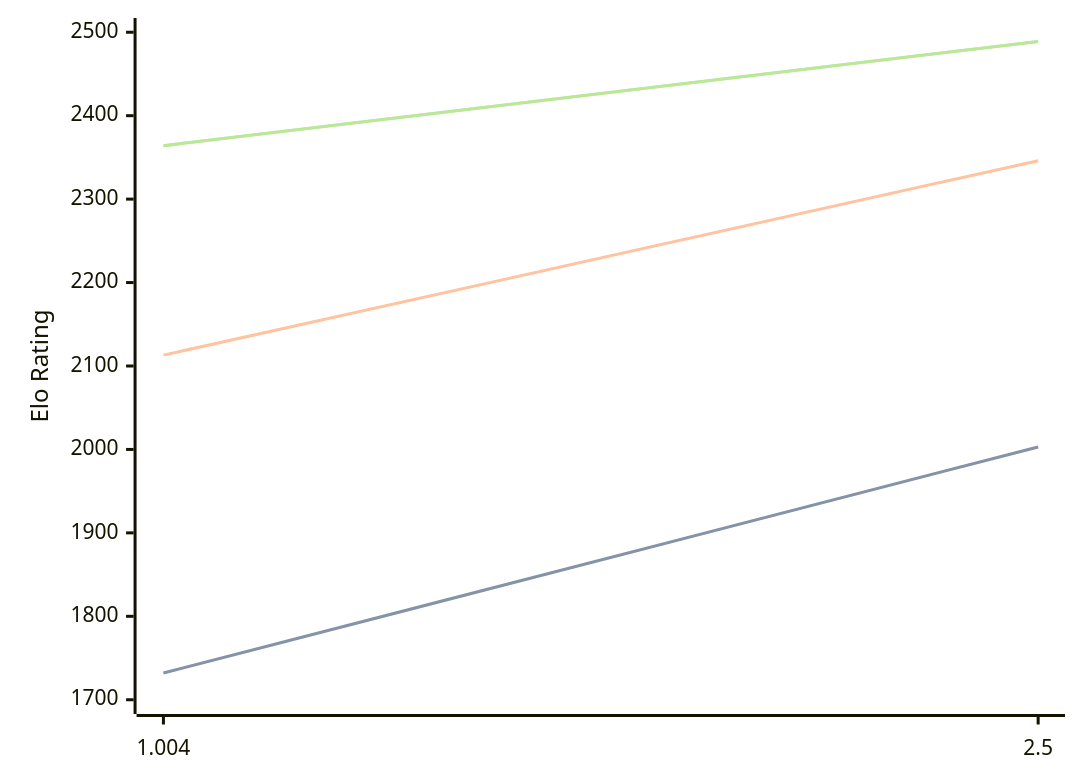
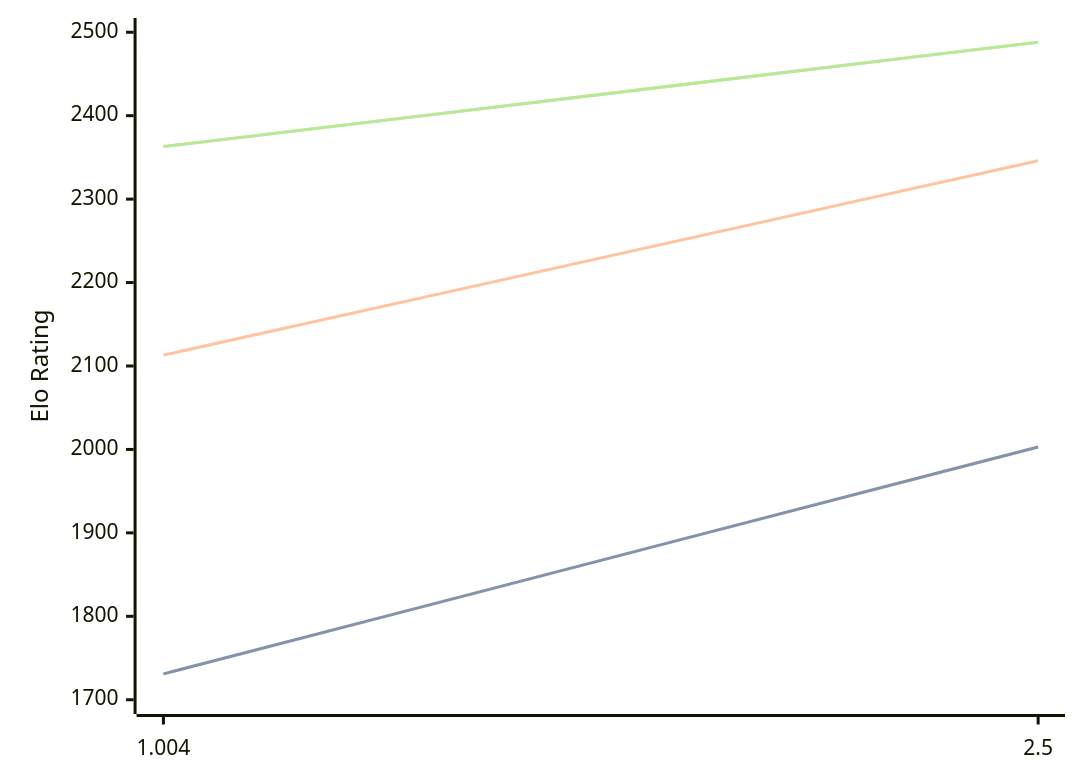
One commit to computer-chess-index/cci changed the diagram in engines/Ares.md. Above: the diagram before and after it, drawn with Mermaid. The commit also changed other lines of this file, not shown here.

Commit message:
Update CCI Ratings (ELO VLTC) - 2026-03-12

````diff
--- a/engines/Ares.md
+++ b/engines/Ares.md
@@ -30,11 +30,11 @@
 ```mermaid
 %%{init: {"theme":"base","themeVariables":{"seriesColors:['#a3a3a3','#222221','#faa371']}}}%%
 xychart-beta
   x-axis ["1.004", "2.5"]
   y-axis "Elo Rating" 1700 --> 2500
-  line "STC (8.0+0.08s)" [1732, 2003]
-  line "STC (8.0+0.08s)" [1732, 2003]
+  line "STC (8.0+0.08s)" [1731, 2003]
+  line "STC (8.0+0.08s)" [1731, 2003]
   line "LTC (60.0+0.60s)" [2113, 2346]
-  line "VLTC (2m24s+1.12s)" [2364, 2489]
-  line "VLTC (2m24s+1.12s)" [2364, 2489]
+  line "VLTC (2m24s+1.12s)" [2363, 2488]
+  line "VLTC (2m24s+1.12s)" [2363, 2488]
 ```
````
